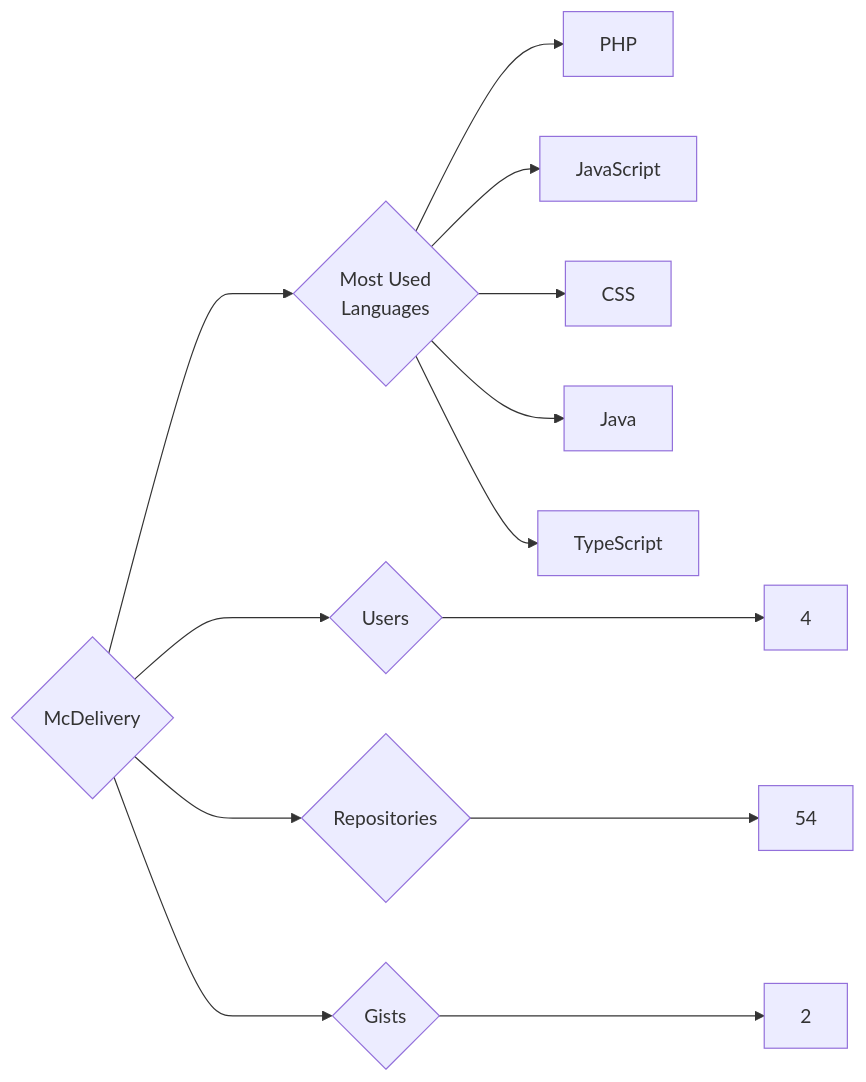
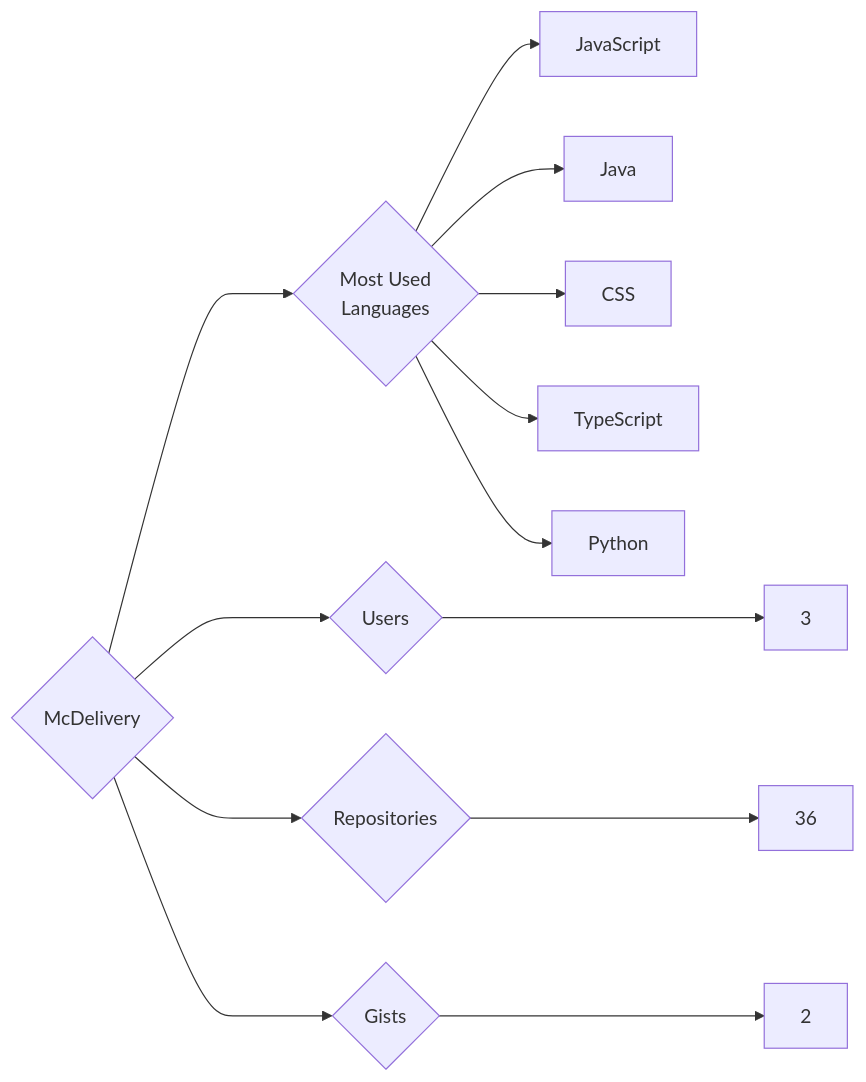
The diagram in targets/McDelivery/README.md (trickest/insiders), drawn with Mermaid before and after one commit. The commit also changed 748 other files, not shown here.

````diff
--- a/targets/McDelivery/README.md
+++ b/targets/McDelivery/README.md
@@ -3,13 +3,13 @@
 ```mermaid
 graph LR
 COMPANY_NAME{McDelivery}
-COMPANY_NAME ---> U{Users} ---> UN[4]
-COMPANY_NAME ---> R{Repositories} ---> RN[54]
+COMPANY_NAME ---> U{Users} ---> UN[3]
+COMPANY_NAME ---> R{Repositories} ---> RN[36]
 COMPANY_NAME ---> G{Gists} ---> GN[2]
 COMPANY_NAME ---> ML{Most Used<br>Languages}
-ML --> PHP[PHP]
 ML --> JavaScript[JavaScript]
+ML --> Java[Java]
 ML --> CSS[CSS]
-ML --> Java[Java]
 ML --> TypeScript[TypeScript]
+ML --> Python[Python]
 ```
````
